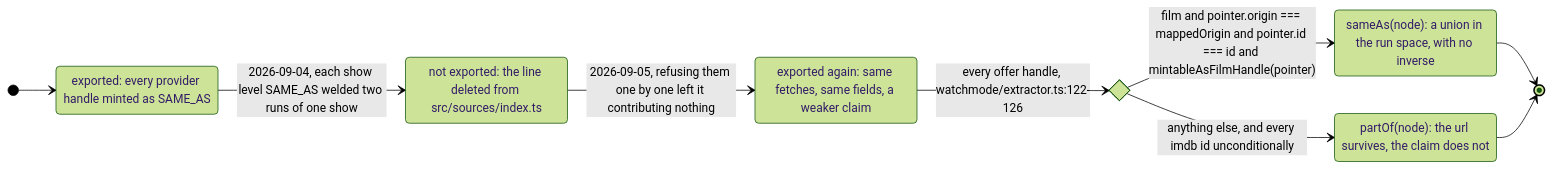
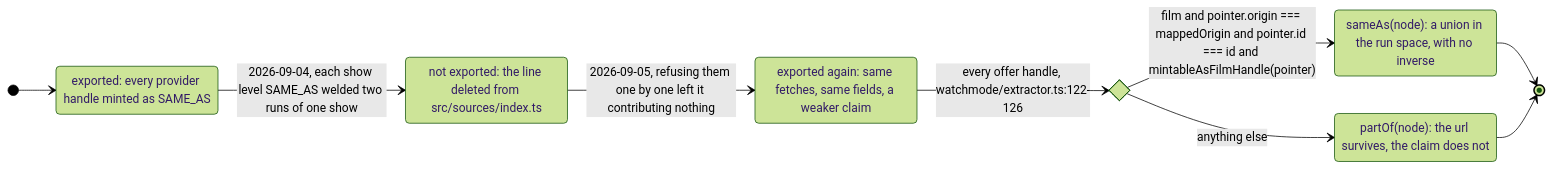
The third of 3 diagrams in docs/src/content/docs/sources/registry.md (banou26/stub), drawn with Mermaid (forest theme) before and after one commit. The commit also changed other lines of this file and 8 other files, not shown here.

````diff
--- a/docs/src/content/docs/sources/registry.md
+++ b/docs/src/content/docs/sources/registry.md
@@ -260,19 +260,19 @@
 ```mermaid
 stateDiagram-v2
   direction LR
   state "exported: every provider handle minted as SAME_AS" as welding
   state "not exported: the line deleted from src/sources/index.ts" as unplugged
   state "exported again: same fetches, same fields, a weaker claim" as live
   state pick <<choice>>
   state "sameAs(node): a union in the run space, with no inverse" as identity
   state "partOf(node): the url survives, the claim does not" as containment
 
   [*] --> welding
   welding --> unplugged: 2026-09-04, each show level SAME_AS welded two runs of one show
   unplugged --> live: 2026-09-05, refusing them one by one left it contributing nothing
   live --> pick: every offer handle, watchmode/extractor.ts:122-126
   pick --> identity: film and pointer.origin === mappedOrigin and pointer.id === id and mintableAsFilmHandle(pointer)
-  pick --> containment: anything else, and every imdb id unconditionally
+  pick --> containment: anything else
   identity --> [*]
   containment --> [*]
 ```
````
